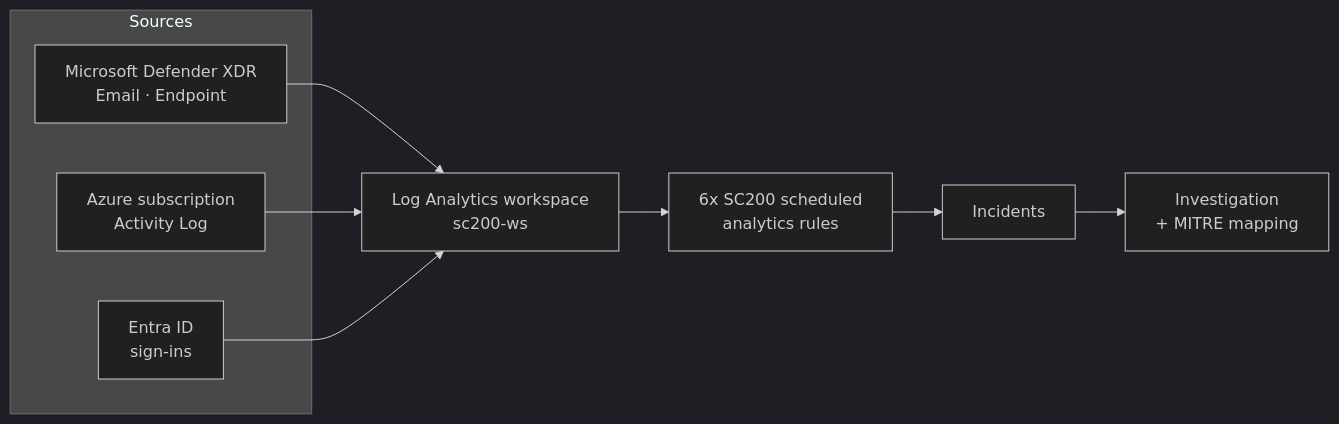
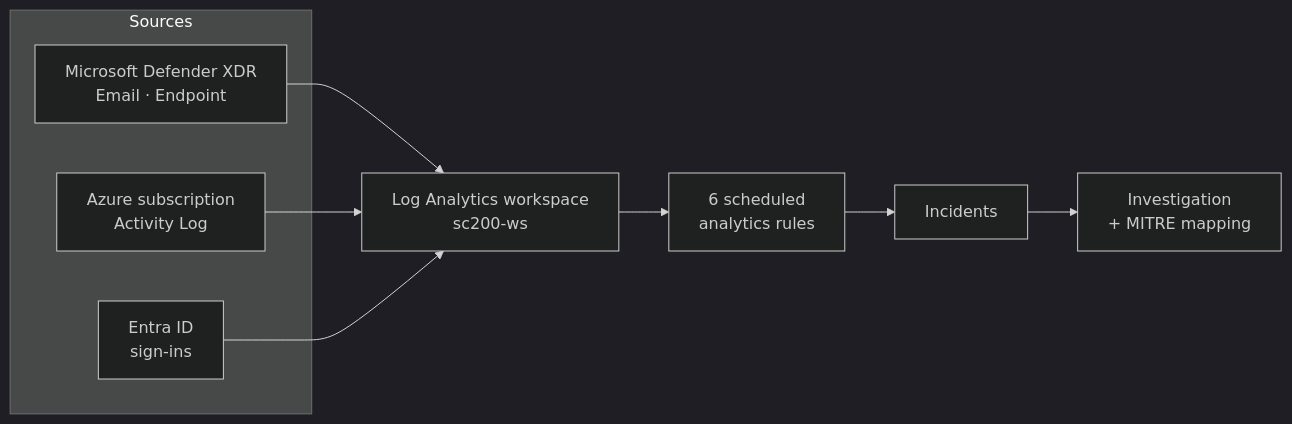
One commit to ibondarenko1/azure-soc-detection-lab changed the second of 2 diagrams in README.md. Above: the diagram before and after it, drawn with Mermaid (dark theme). The commit also changed other lines of this file, not shown here.

````diff
--- a/README.md
+++ b/README.md
@@ -34,14 +34,14 @@
 ```mermaid
 flowchart LR
   subgraph Sources
     A[Microsoft Defender XDR<br/>Email · Endpoint]
     B[Azure subscription<br/>Activity Log]
     C[Entra ID<br/>sign-ins]
   end
   A --> W[Log Analytics workspace<br/>sc200-ws]
   B --> W
   C --> W
-  W --> R[6x SC200 scheduled<br/>analytics rules]
+  W --> R[6 scheduled<br/>analytics rules]
   R --> I[Incidents]
   I --> V[Investigation<br/>+ MITRE mapping]
 ```
````
